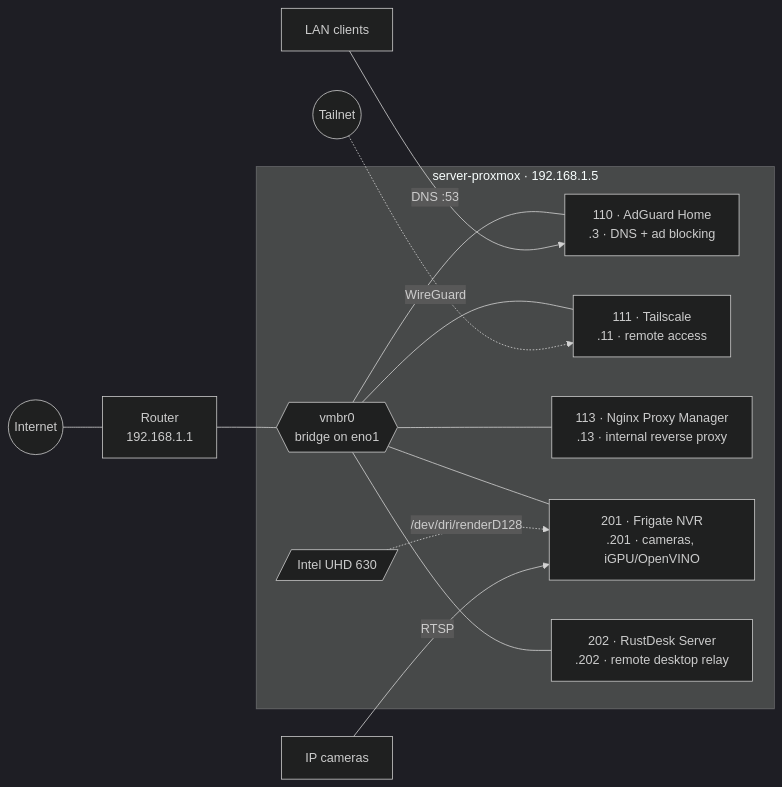
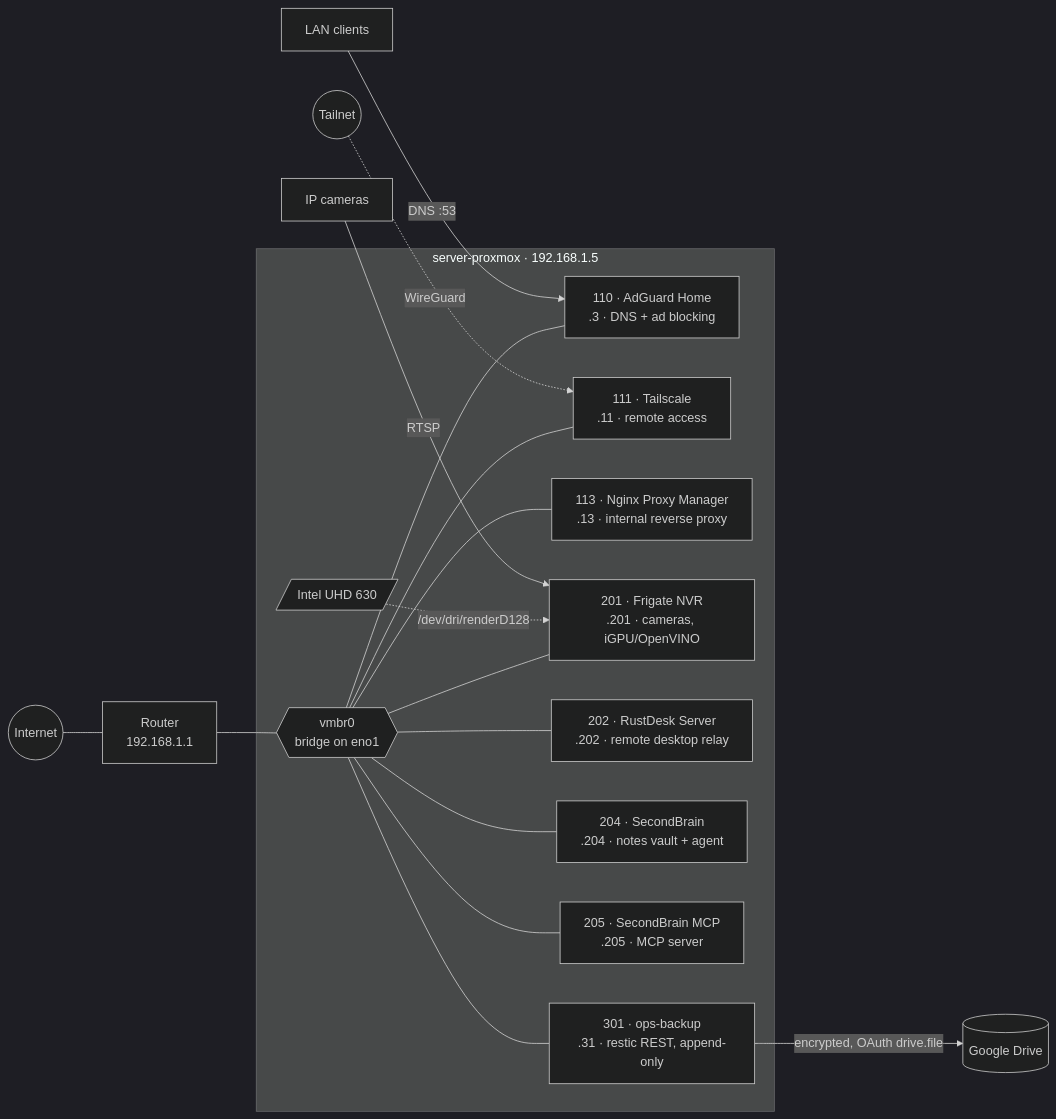
One commit to paul-jar4millo/Proxmox-Homelab changed the diagram in README.md. Above: the diagram before and after it, drawn with Mermaid (dark theme). The commit also changed other lines of this file and 30 other files, not shown here.

````diff
--- a/README.md
+++ b/README.md
@@ -29,19 +29,23 @@
 ```mermaid
 flowchart LR
     Internet((Internet)) --- Router[Router<br/>192.168.1.1]
     Router --- vmbr0
 
     subgraph host [server-proxmox · 192.168.1.5]
         vmbr0{{vmbr0<br/>bridge on eno1}}
         vmbr0 --- adguard[110 · AdGuard Home<br/>.3 · DNS + ad blocking]
         vmbr0 --- tailscale[111 · Tailscale<br/>.11 · remote access]
         vmbr0 --- npm[113 · Nginx Proxy Manager<br/>.13 · internal reverse proxy]
         vmbr0 --- frigate[201 · Frigate NVR<br/>.201 · cameras, iGPU/OpenVINO]
         vmbr0 --- rustdesk[202 · RustDesk Server<br/>.202 · remote desktop relay]
+        vmbr0 --- sb[204 · SecondBrain<br/>.204 · notes vault + agent]
+        vmbr0 --- sbmcp[205 · SecondBrain MCP<br/>.205 · MCP server]
+        vmbr0 --- backup[301 · ops-backup<br/>.31 · restic REST, append-only]
         igpu[/Intel UHD 630/] -.->|"/dev/dri/renderD128"| frigate
     end
 
     Tailnet((Tailnet)) -.->|WireGuard| tailscale
     Cameras[IP cameras] -->|RTSP| frigate
     LAN[LAN clients] -->|DNS :53| adguard
+    backup -->|encrypted, OAuth drive.file| Drive[(Google Drive)]
 ```
````
